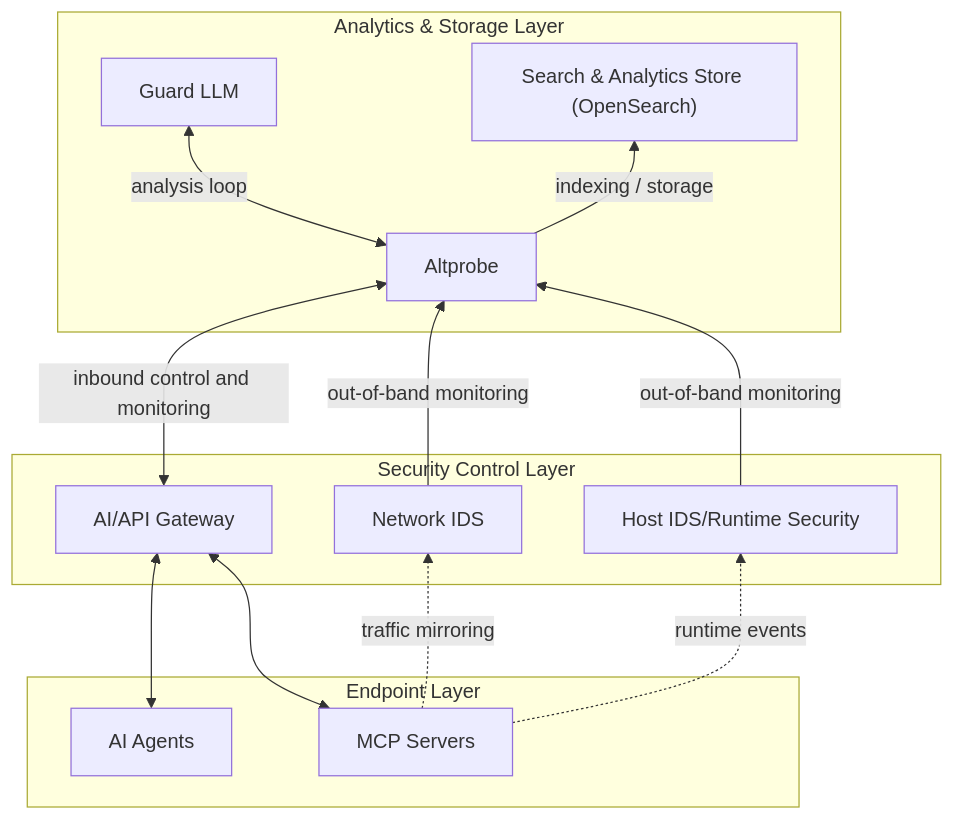
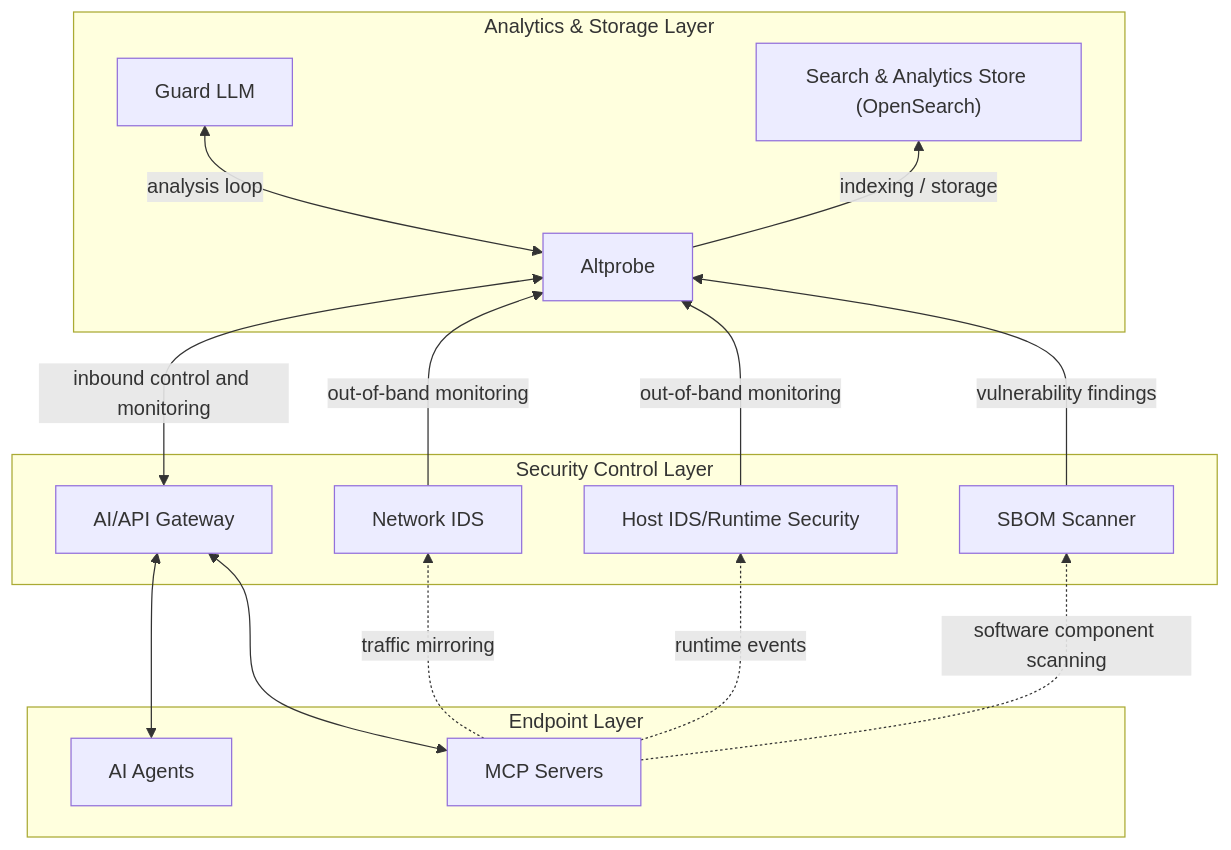
One commit to olegzhr/altprobe changed the first of 2 diagrams in README.md. Above: the diagram before and after it, drawn with Mermaid. The commit also changed other lines of this file and 26 other files, not shown here.

````diff
--- a/README.md
+++ b/README.md
@@ -28,31 +32,34 @@
 ```mermaid
 flowchart BT
     subgraph L1["Endpoint Layer"]
         AI["AI Agents"]
         MCP["MCP Servers"]
     end
 
     subgraph L2["Security Control Layer"]
         PROXY["AI/API Gateway"]
         SUR["Network IDS"]
         FALCO["Host IDS/Runtime Security"]
+        TRIVY["SBOM Scanner"]
     end
 
     subgraph L3["Analytics & Storage Layer"]
         ALT["Altprobe"]
         GLLM["Guard LLM"]
         OS["Search & Analytics Store (OpenSearch)"]
     end
 
     AI <--> PROXY
     MCP <--> PROXY
 
     MCP -.->|traffic mirroring| SUR
     MCP -.->|runtime events| FALCO
+    MCP -.->|software component scanning| TRIVY
 
     PROXY <-->|inbound control and monitoring| ALT
     SUR -->|out-of-band monitoring| ALT
     FALCO -->|out-of-band monitoring| ALT
+    TRIVY -->|vulnerability findings| ALT
     ALT <-->|analysis loop| GLLM
     ALT -->|indexing / storage| OS
 ```
````
